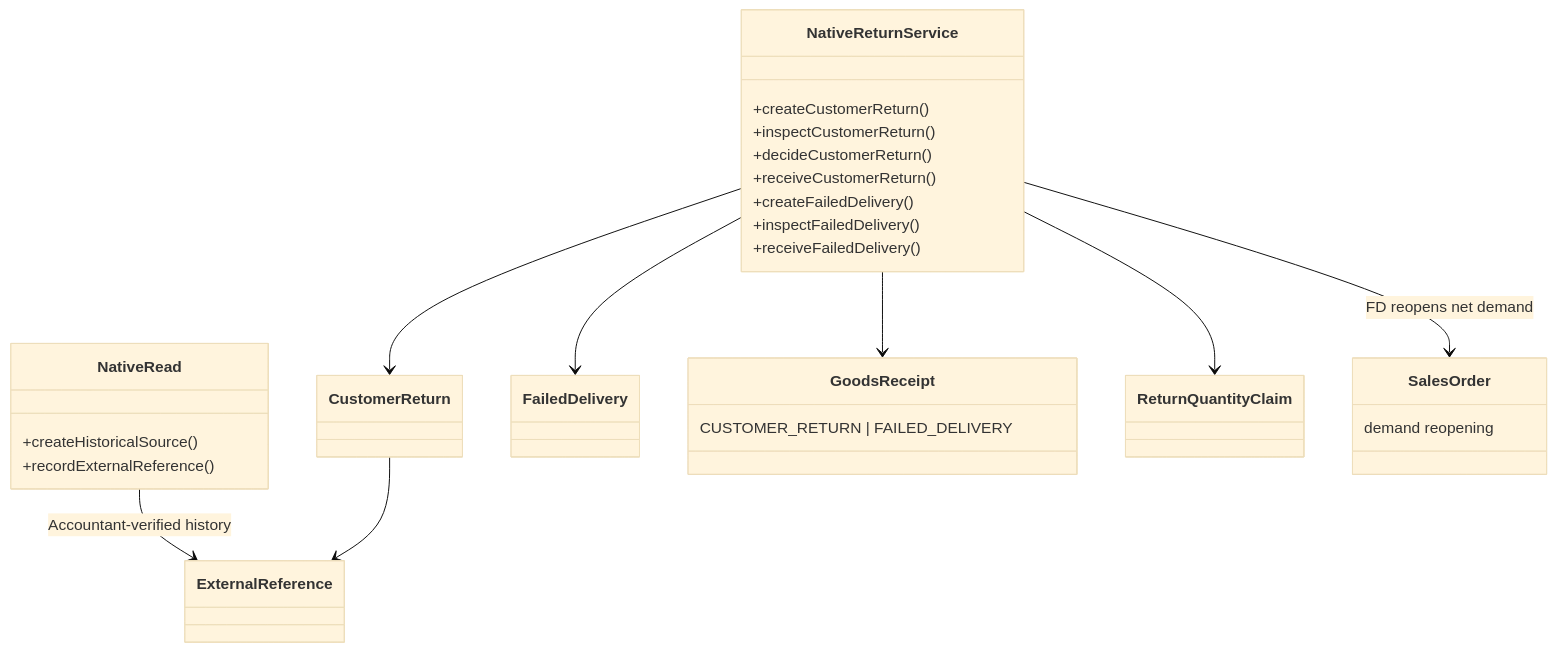
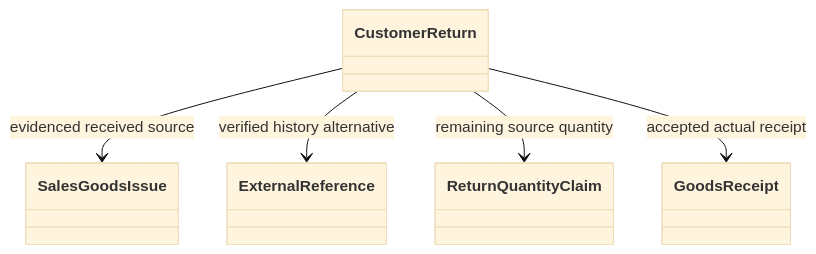
Diagram 24 of 28 in git_doc/docs/01_bao_cao/WMSD_Report4_Draft.md (bupbalabup/wmsd_be), drawn with Mermaid (base theme) before and after one commit. The commit also changed other lines of this file and 33 other files, not shown here.

````diff
--- a/git_doc/docs/01_bao_cao/WMSD_Report4_Draft.md
+++ b/git_doc/docs/01_bao_cao/WMSD_Report4_Draft.md
@@ -2679,33 +2442,12 @@
 ```mermaid
 classDiagram
-  class NativeReturnService {
-    +createCustomerReturn()
-    +inspectCustomerReturn()
-    +decideCustomerReturn()
-    +receiveCustomerReturn()
-    +createFailedDelivery()
-    +inspectFailedDelivery()
-    +receiveFailedDelivery()
-  }
-  class NativeRead {
-    +createHistoricalSource()
-    +recordExternalReference()
-  }
   class CustomerReturn
-  class FailedDelivery
-  class GoodsReceipt {
-    CUSTOMER_RETURN | FAILED_DELIVERY
-  }
+  class SalesGoodsIssue
+  class ExternalReference
   class ReturnQuantityClaim
-  class ExternalReference
-  class SalesOrder {
-    demand reopening
-  }
-  NativeReturnService --> CustomerReturn
-  NativeReturnService --> FailedDelivery
-  NativeReturnService --> GoodsReceipt
-  NativeReturnService --> ReturnQuantityClaim
-  NativeReturnService --> SalesOrder : FD reopens net demand
-  NativeRead --> ExternalReference : Accountant-verified history
-  CustomerReturn --> ExternalReference
+  class GoodsReceipt
+  CustomerReturn --> SalesGoodsIssue : evidenced received source
+  CustomerReturn --> ExternalReference : verified history alternative
+  CustomerReturn --> ReturnQuantityClaim : remaining source quantity
+  CustomerReturn --> GoodsReceipt : accepted actual receipt
 ```
````
